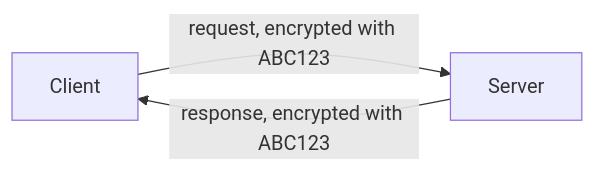
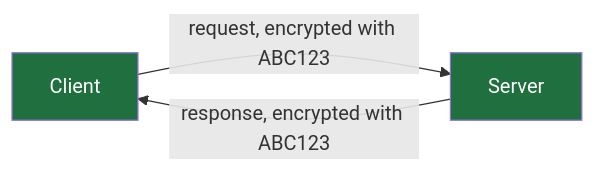
Before and after one commit to Dummy-Bug/system-design-handbook: the third of 3 diagrams in Devops/04-Networking/11-The-TLS-Handshake.md, drawn with Mermaid. The commit also changed other lines of this file and 53 other files, not shown here.

````diff
--- a/Devops/04-Networking/11-The-TLS-Handshake.md
+++ b/Devops/04-Networking/11-The-TLS-Handshake.md
@@ -106,5 +111,7 @@
 ```mermaid
 flowchart LR
     C["Client"] -->|"request, encrypted with ABC123"| S["Server"]
     S -->|"response, encrypted with ABC123"| C
+    style C fill:#1f6f3f,color:#fff
+    style S fill:#1f6f3f,color:#fff
 ```
````
